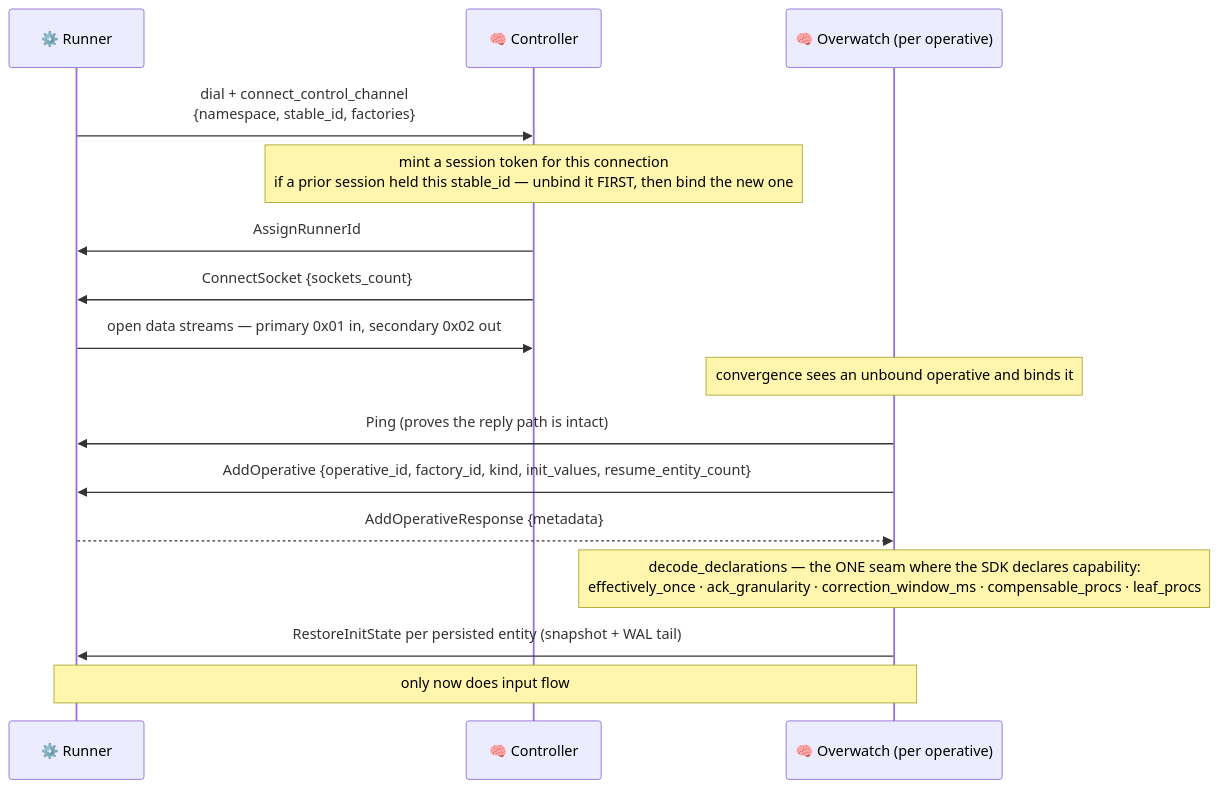
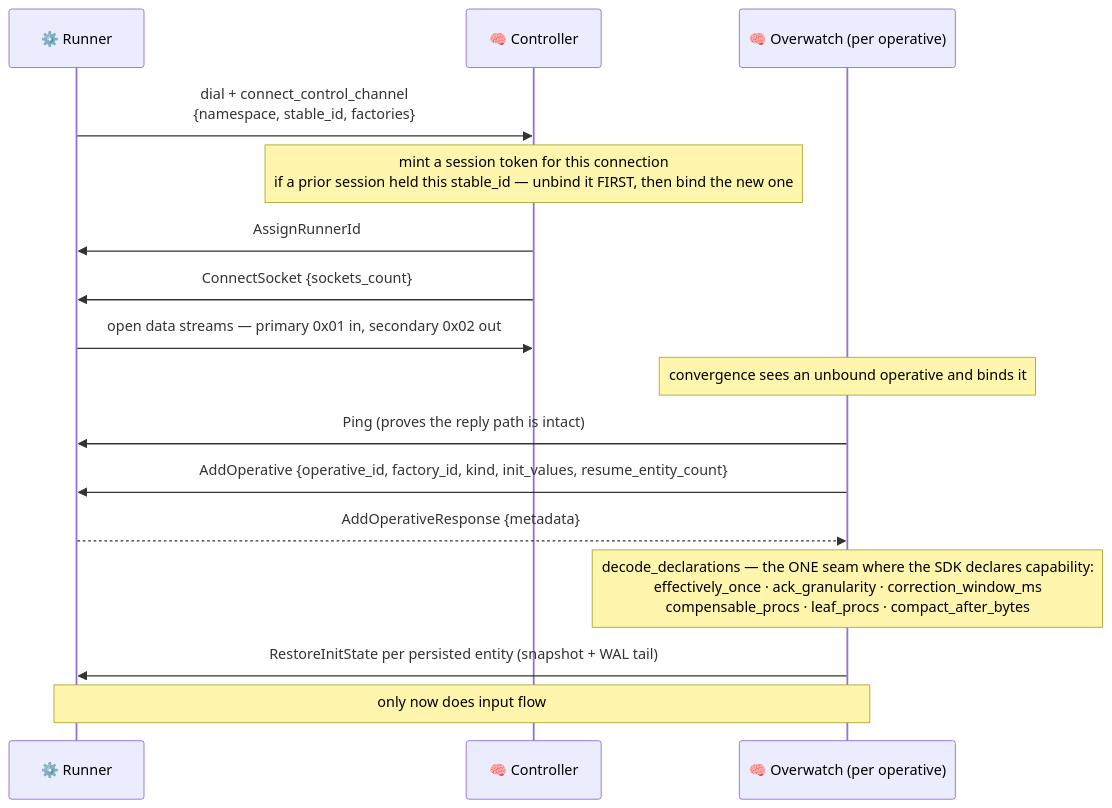
Before and after one commit to Flezha/flezha: the seventh of 9 diagrams in docs/architecture/README.md, drawn with Mermaid. The commit also changed other lines of this file and 13 other files, not shown here.

````diff
--- a/docs/architecture/README.md
+++ b/docs/architecture/README.md
@@ -376,20 +380,20 @@
 ```mermaid
 sequenceDiagram
     participant EX as ⚙️ Runner
     participant CTRL as 🧠 Controller
     participant OW as 🧠 Overwatch (per operative)
 
     EX->>CTRL: dial + connect_control_channel<br/>{namespace, stable_id, factories}
     Note over CTRL: mint a session token for this connection<br/>if a prior session held this stable_id — unbind it FIRST, then bind the new one
     CTRL->>EX: AssignRunnerId
     CTRL->>EX: ConnectSocket {sockets_count}
     EX->>CTRL: open data streams — primary 0x01 in, secondary 0x02 out
 
     Note over OW: convergence sees an unbound operative and binds it
     OW->>EX: Ping (proves the reply path is intact)
     OW->>EX: AddOperative {operative_id, factory_id, kind, init_values, resume_entity_count}
     EX-->>OW: AddOperativeResponse {metadata}
-    Note over OW: decode_declarations — the ONE seam where the SDK declares capability:<br/>effectively_once · ack_granularity · correction_window_ms · compensable_procs · leaf_procs
+    Note over OW: decode_declarations — the ONE seam where the SDK declares capability:<br/>effectively_once · ack_granularity · correction_window_ms<br/>compensable_procs · leaf_procs · compact_after_bytes
     OW->>EX: RestoreInitState per persisted entity (snapshot + WAL tail)
     Note over OW,EX: only now does input flow
 ```
````
